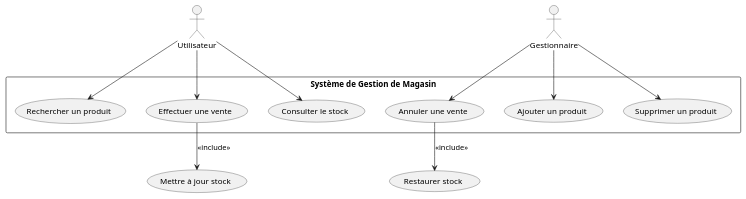
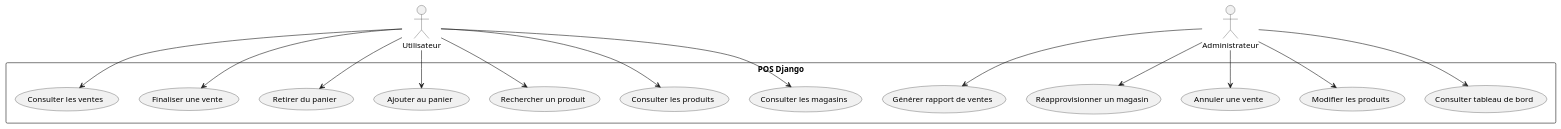
One commit to DylannFontus/Lab0_Log430 changed the diagram in docs/UML/VueCasUtilisation.puml. Above: the diagram before and after it, drawn with PlantUML. The commit also changed 8 other files, not shown here.

```diff
--- a/docs/UML/VueCasUtilisation.puml
+++ b/docs/UML/VueCasUtilisation.puml
@@ -1,27 +1,35 @@
 @startuml
 
 actor Utilisateur
-actor Gestionnaire
+actor Administrateur
 
-rectangle "Système de Gestion de Magasin" {
-    (Rechercher un produit) as rechercher
-    (Effectuer une vente) as vente
-    (Annuler une vente) as annuler
-    (Consulter le stock) as stock
-    (Ajouter un produit) as ajouter
-    (Supprimer un produit) as supprimer
+rectangle "POS Django" {
+    (Consulter les magasins) as consulter_magasins
+    (Consulter les produits) as consulter_produits
+    (Rechercher un produit) as rechercher_produit
+    (Ajouter au panier) as ajouter_panier
+    (Retirer du panier) as retirer_panier
+    (Finaliser une vente) as finaliser_vente
+    (Consulter les ventes) as consulter_ventes
+    (Annuler une vente) as annuler_vente
+    (Réapprovisionner un magasin) as reapprovisionner
+    (Générer rapport de ventes) as rapport_ventes
+    (Consulter tableau de bord) as tableau_de_bord
+    (Modifier les produits) as modifier_produits
 }
 
-Utilisateur --> rechercher
-Utilisateur --> vente
-Utilisateur --> stock
+Utilisateur --> consulter_magasins
+Utilisateur --> consulter_produits
+Utilisateur --> rechercher_produit
+Utilisateur --> ajouter_panier
+Utilisateur --> retirer_panier
+Utilisateur --> finaliser_vente
+Utilisateur --> consulter_ventes
 
-Gestionnaire --> ajouter
-Gestionnaire --> supprimer
-Gestionnaire --> annuler
-
-' Associations internes
-vente --> (Mettre à jour stock) : <<include>>
-annuler --> (Restaurer stock) : <<include>>
+Administrateur --> annuler_vente
+Administrateur --> reapprovisionner
+Administrateur --> rapport_ventes
+Administrateur --> tableau_de_bord
+Administrateur --> modifier_produits
 
 @enduml
```
